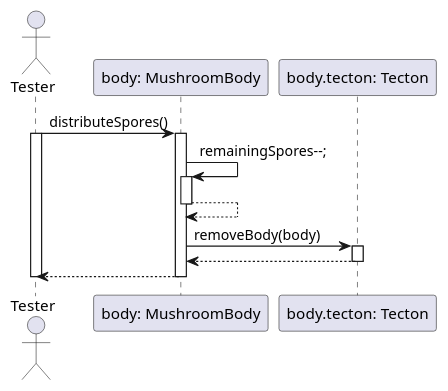
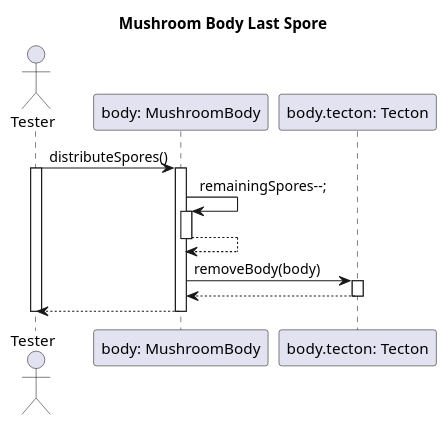
Before and after one commit to dzsem/projlab: the diagram in diagrams/test-sequence/mushroom/mushroomBodyLastSpore.wsd, drawn with PlantUML. The commit also changed 7 other files, not shown here.

```diff
--- a/diagrams/test-sequence/mushroom/mushroomBodyLastSpore.wsd
+++ b/diagrams/test-sequence/mushroom/mushroomBodyLastSpore.wsd
@@ -1,26 +1,28 @@
-@startuml Mushroom boy Last Spore
+@startuml Mushroom Body Last Spore
+
+title Mushroom Body Last Spore
 
 actor "Tester" as tester
 participant "body: MushroomBody" as body
 participant "body.tecton: Tecton" as tecton
 
 tester -> body: distributeSpores()
 activate tester
 activate body
 
 body -> body: remainingSpores--;
 activate body
 body--> body
 deactivate body 
 
 body -> tecton: removeBody(body)
 activate tecton
 tecton --> body
 deactivate tecton
 
 
 body --> tester
 deactivate body
 deactivate tester
 
 @enduml
```
